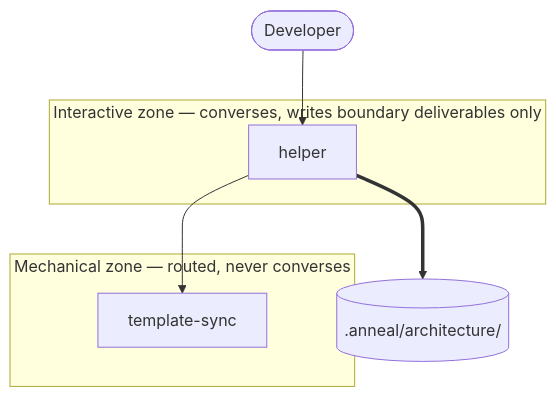
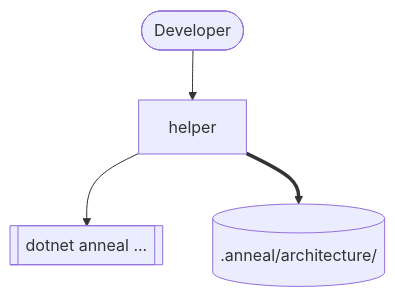
One commit to demaconsulting/Anneal changed the diagram in .anneal/architecture/process.md. Above: the diagram before and after it, drawn with Mermaid. The commit also changed other lines of this file and 31 other files, not shown here.

````diff
--- a/.anneal/architecture/process.md
+++ b/.anneal/architecture/process.md
@@ -107,18 +94,11 @@
 ```mermaid
 flowchart TD
     User(["Developer"])
-
-    subgraph Interactive["Interactive zone — converses, writes boundary deliverables only"]
-        Helper[helper]
-    end
-
-    subgraph Mechanical["Mechanical zone — routed, never converses"]
-        TemplateSync[template-sync]
-    end
-
+    Helper[helper]
+    Toolkit[["dotnet anneal ..."]]
     Tree[(".anneal/architecture/")]
 
     User --> Helper
-    Helper --> TemplateSync
+    Helper --> Toolkit
     Helper ==> Tree
 ```
````
